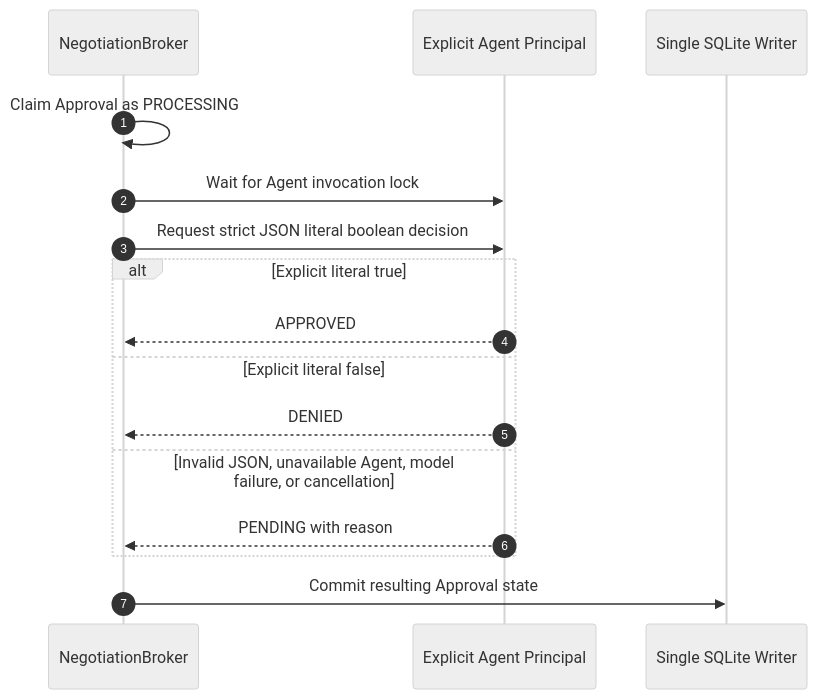
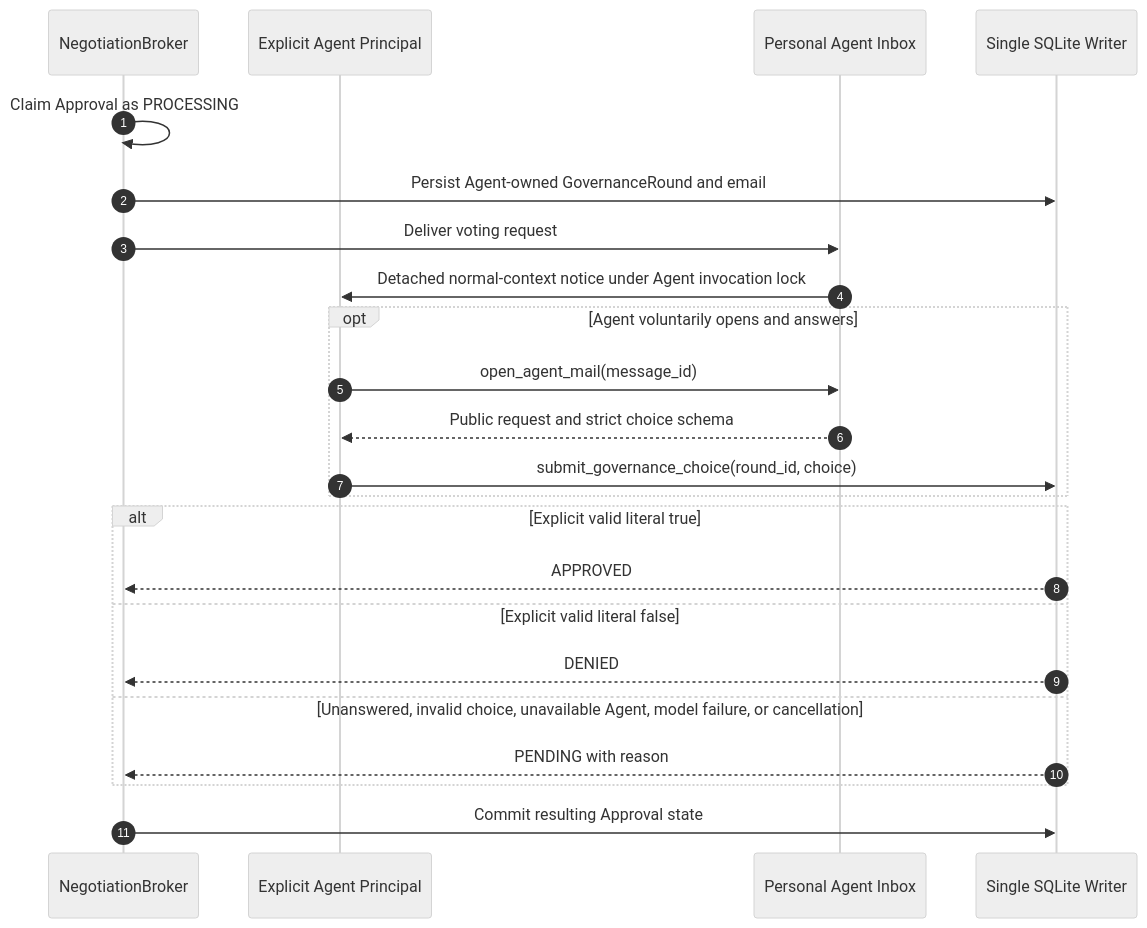
One commit to AI-Team-Team/AI-Team-Team changed the eighth of 13 diagrams in docs/flowcharts/Autonomous_Communication_Governance.md. Above: the diagram before and after it, drawn with Mermaid (neutral theme). The commit also changed other lines of this file and 82 other files, not shown here.

First line of the commit message:
feat(governance): route ballots through personal agent inboxes

````diff
--- a/docs/flowcharts/Autonomous_Communication_Governance.md
+++ b/docs/flowcharts/Autonomous_Communication_Governance.md
@@ -218,19 +238,26 @@
 ```mermaid
 sequenceDiagram
     autonumber
     participant Broker as NegotiationBroker
     participant Agent as Explicit Agent Principal
+    participant Inbox as Personal Agent Inbox
     participant DB as Single SQLite Writer
 
     Broker->>Broker: Claim Approval as PROCESSING
-    Broker->>Agent: Wait for Agent invocation lock
-    Broker->>Agent: Request strict JSON literal boolean decision
-    alt Explicit literal true
-        Agent-->>Broker: APPROVED
-    else Explicit literal false
-        Agent-->>Broker: DENIED
-    else Invalid JSON, unavailable Agent, model failure, or cancellation
-        Agent-->>Broker: PENDING with reason
+    Broker->>DB: Persist Agent-owned GovernanceRound and email
+    Broker->>Inbox: Deliver voting request
+    Inbox->>Agent: Detached normal-context notice under Agent invocation lock
+    opt Agent voluntarily opens and answers
+        Agent->>Inbox: open_agent_mail(message_id)
+        Inbox-->>Agent: Public request and strict choice schema
+        Agent->>DB: submit_governance_choice(round_id, choice)
+    end
+    alt Explicit valid literal true
+        DB-->>Broker: APPROVED
+    else Explicit valid literal false
+        DB-->>Broker: DENIED
+    else Unanswered, invalid choice, unavailable Agent, model failure, or cancellation
+        DB-->>Broker: PENDING with reason
     end
     Broker->>DB: Commit resulting Approval state
 ```
````
